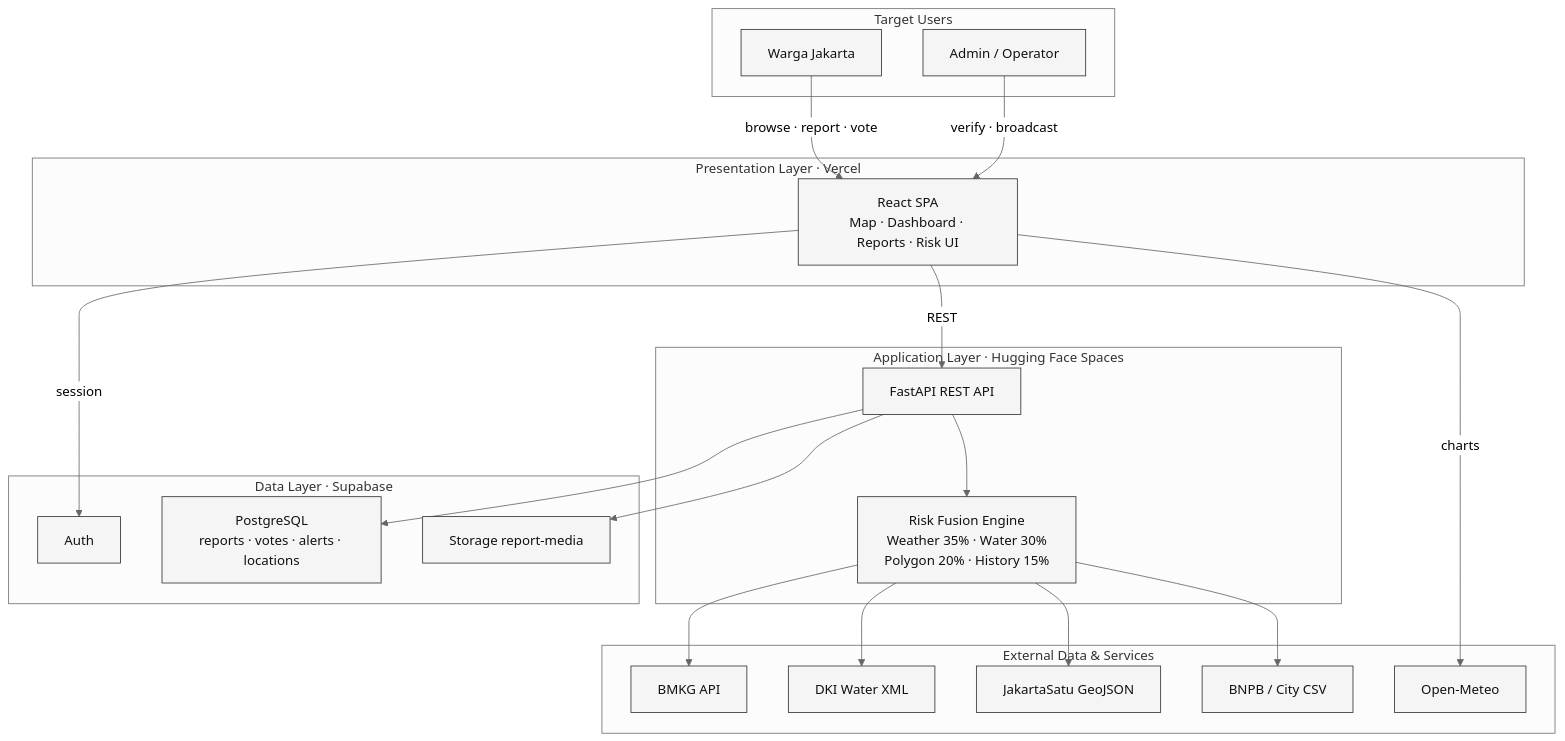
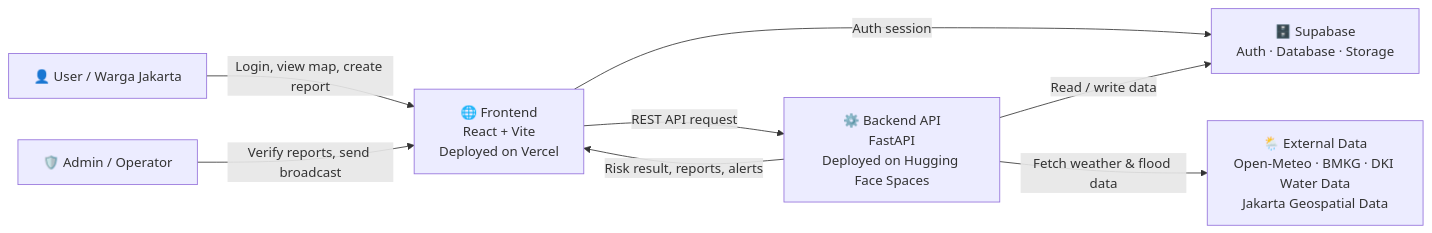
Before and after one commit to BansosSoftwareEngineering/BanSos: the diagram in README.md, drawn with Mermaid. The commit also changed other lines of this file, not shown here.

````diff
--- a/README.md
+++ b/README.md
@@ -17,49 +17,24 @@
 ```mermaid
-%%{init: {'theme': 'neutral', 'flowchart': {'padding': 16, 'htmlLabels': true}}}%%
+flowchart LR
+    USER[👤 User / Warga Jakarta]
+    ADMIN[🛡️ Admin / Operator]
 
-flowchart TB
+    FE[🌐 Frontend<br/>React + Vite<br/>Deployed on Vercel]
 
-    subgraph Users["Target Users"]
-        U["Warga Jakarta"]
-        A["Admin / Operator"]
-    end
+    BE[⚙️ Backend API<br/>FastAPI<br/>Deployed on Hugging Face Spaces]
 
-    subgraph Client["Presentation Layer · Vercel"]
-        FE["React SPA<br/>Map · Dashboard · Reports · Risk UI"]
-    end
+    SB[🗄️ Supabase<br/>Auth · Database · Storage]
 
-    subgraph API["Application Layer · Hugging Face Spaces"]
-        BE["FastAPI REST API"]
-        RE["Risk Fusion Engine<br/>Weather 35% · Water 30%<br/>Polygon 20% · History 15%"]
-        BE --> RE
-    end
+    EXT[🌦️ External Data<br/>Open-Meteo · BMKG · DKI Water Data<br/>Jakarta Geospatial Data]
 
-    subgraph Data["Data Layer · Supabase"]
-        AUTH["Auth"]
-        DB["PostgreSQL<br/>reports · votes · alerts · locations"]
-        STOR["Storage report-media"]
-    end
+    USER -->|Login, view map, create report| FE
+    ADMIN -->|Verify reports, send broadcast| FE
 
-    subgraph External["External Data & Services"]
-        BMKG["BMKG API"]
-        DKI["DKI Water XML"]
-        GEO["JakartaSatu GeoJSON"]
-        CSV["BNPB / City CSV"]
-        METEO["Open-Meteo"]
-    end
+    FE -->|REST API request| BE
+    FE -->|Auth session| SB
 
-    U -->|browse · report · vote| FE
-    A -->|verify · broadcast| FE
-    FE -->|session| AUTH
-    FE -->|REST| BE
-    FE -->|charts| METEO
-    BE --> DB
-    BE --> STOR
-    RE --> BMKG
-    RE --> DKI
-    RE --> GEO
-    RE --> CSV
+    BE -->|Read / write data| SB
+    BE -->|Fetch weather & flood data| EXT
 
-    classDef default fill:#f5f5f5,stroke:#333,color:#111
-
+    BE -->|Risk result, reports, alerts| FE
 ```
````
